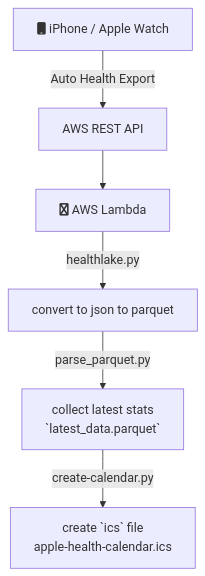
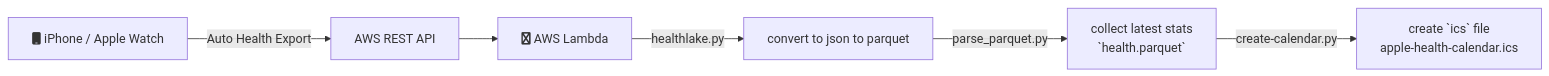
Before and after one commit to namtonthat/apple-health-data: the first of 2 diagrams in README.md, drawn with Mermaid. The commit also changed other lines of this file and 17 other files, not shown here.

````diff
--- a/README.md
+++ b/README.md
@@ -4,8 +6,8 @@
 ```mermaid
-graph TD
+graph LR
     A[fa:fa-mobile iPhone / Apple Watch] -->|Auto Health Export|B
     B[AWS REST API] --> C[fa:fa-aws AWS Lambda]
     C -->|healthlake.py| D[convert to json to parquet]
-    D -->|parse_parquet.py| E[collect latest stats <br> `latest_data.parquet`]
+    D -->|parse_parquet.py| E[collect latest stats <br> `health.parquet`]
     E -->|create-calendar.py| F[create `ics` file <br> apple-health-calendar.ics]
 ```
````
